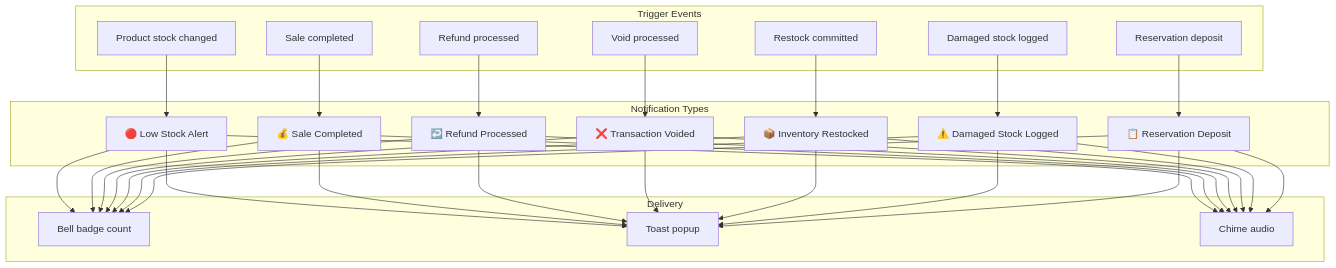
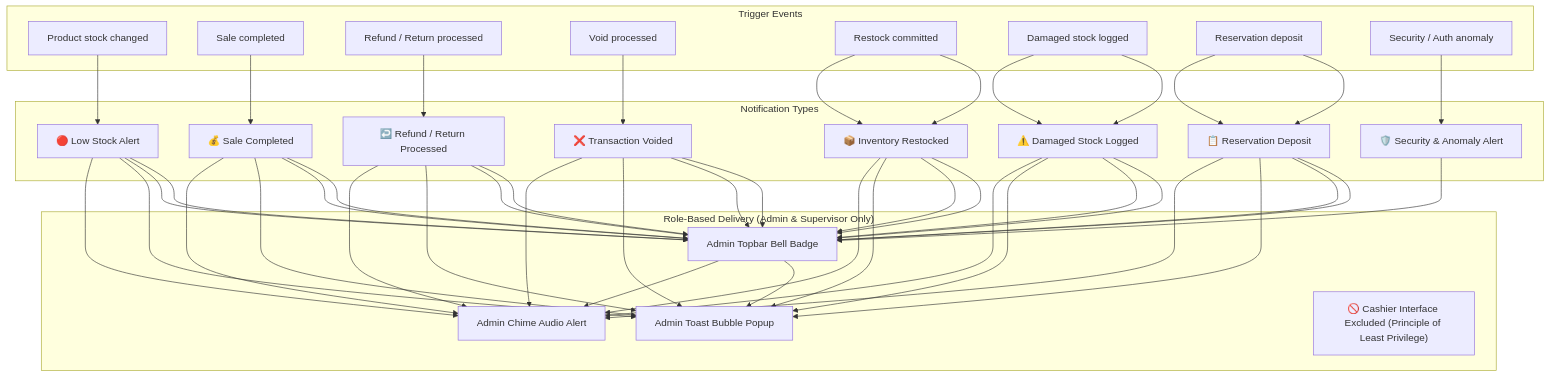
One commit to martinitokristan-dev/ZTG-POS-With-Smart-Inventory changed the ninth of 10 diagrams in docs/SystemLogicFlows.md. Above: the diagram before and after it, drawn with Mermaid. The commit also changed other lines of this file and 37 other files, not shown here.

````diff
--- a/docs/SystemLogicFlows.md
+++ b/docs/SystemLogicFlows.md
@@ -1499,40 +1499,59 @@
 ```mermaid
 flowchart TD
     subgraph "Trigger Events"
         E1[Product stock changed]
         E2[Sale completed]
-        E3[Refund processed]
+        E3[Refund / Return processed]
         E4[Void processed]
         E5[Restock committed]
         E6[Damaged stock logged]
         E7[Reservation deposit]
+        E8[Security / Auth anomaly]
     end
 
     subgraph "Notification Types"
         N1["🔴 Low Stock Alert"]
         N2["💰 Sale Completed"]
-        N3["↩️ Refund Processed"]
+        N3["↩️ Refund / Return Processed"]
         N4["❌ Transaction Voided"]
         N5["📦 Inventory Restocked"]
         N6["⚠️ Damaged Stock Logged"]
         N7["📋 Reservation Deposit"]
+        N8["🛡️ Security & Anomaly Alert"]
     end
 
-    subgraph "Delivery"
-        D1[Bell badge count]
-        D2[Toast popup]
-        D3[Chime audio]
+    subgraph "Role-Based Delivery (Admin & Supervisor Only)"
+        D1[Admin Topbar Bell Badge]
+        D2[Admin Toast Bubble Popup]
+        D3[Admin Chime Audio Alert]
+        D4["🚫 Cashier Interface Excluded (Principle of Least Privilege)"]
     end
 
     E1 --> N1
     E2 --> N2
     E3 --> N3
     E4 --> N4
     E5 --> N5
     E6 --> N6
     E7 --> N7
+    E8 --> N8
+
+    N1 --> D1
+    N2 --> D1
+    N3 --> D1
+    N4 --> D1
+    N5 --> D1
+    N6 --> D1
+    N7 --> D1
+    N8 --> D1
+
+    D1 --> D2
+    D1 --> D3
+    E5 --> N5
+    E6 --> N6
+    E7 --> N7
 
     N1 & N2 & N3 & N4 & N5 & N6 & N7 --> D1
     N1 & N2 & N3 & N4 & N5 & N6 & N7 --> D2
     N1 & N2 & N3 & N4 & N5 & N6 & N7 --> D3
 ```
````
